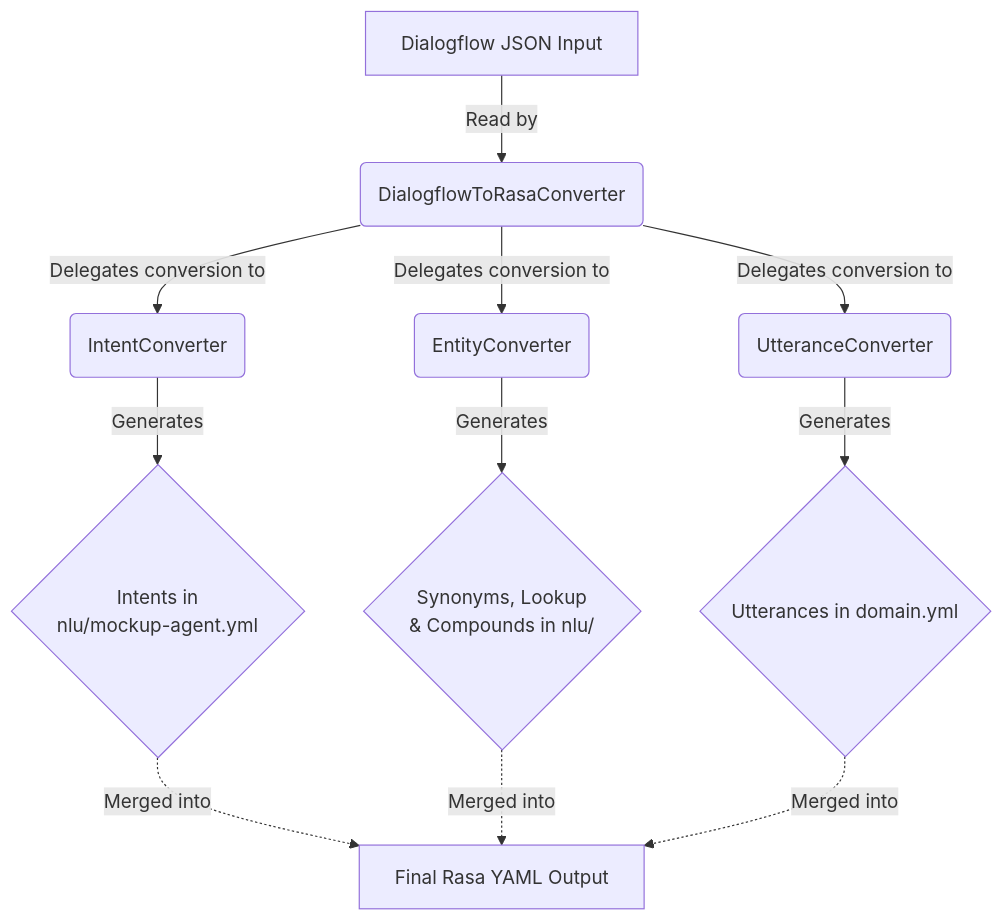
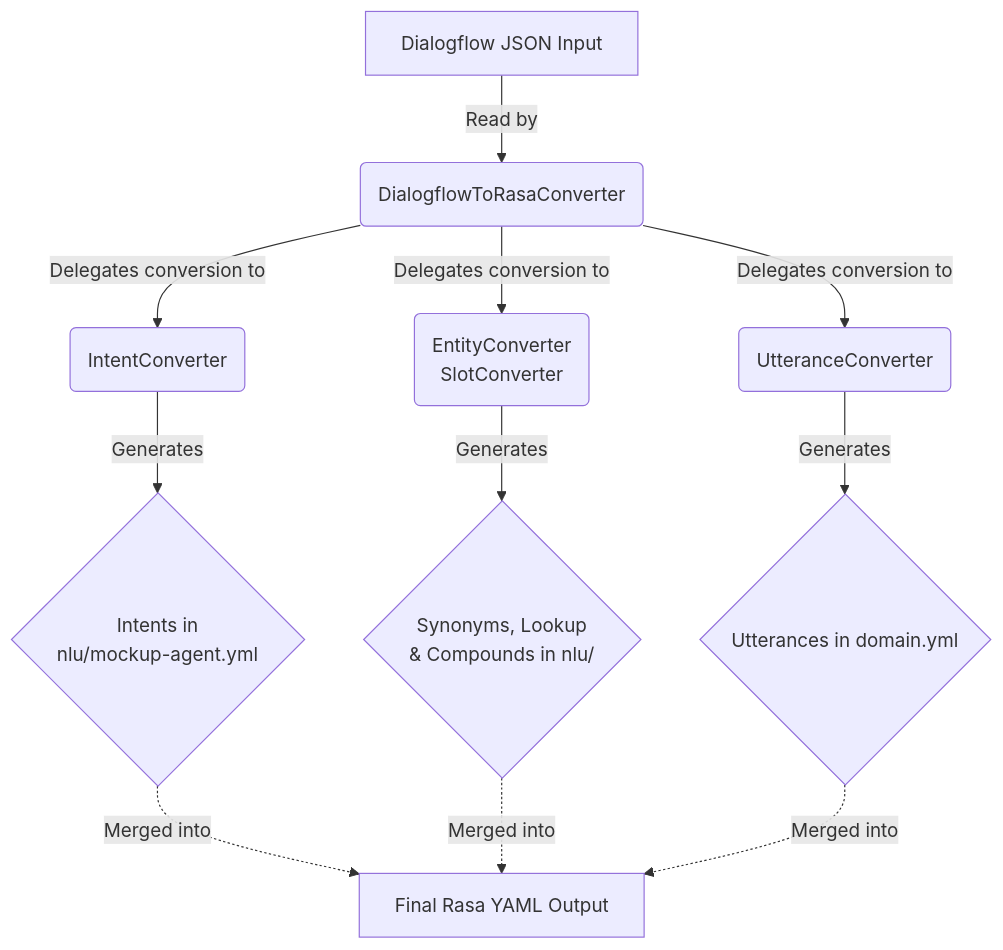
Before and after one commit to murilobellatini/dialog2rasa: the diagram in docs/conversion-process-diagram.md, drawn with Mermaid. The commit also changed 3 other files, not shown here.

Commit message:
Refactor SlotConverter

````diff
--- a/docs/conversion-process-diagram.md
+++ b/docs/conversion-process-diagram.md
@@ -5,16 +5,16 @@
 ```mermaid
 graph TD
     A[Dialogflow JSON Input] -->|Read by| B(DialogflowToRasaConverter)
     B --> |Delegates conversion to| C(IntentConverter)
-    B --> |Delegates conversion to| D(EntityConverter)
+    B --> |Delegates conversion to| D(EntityConverter<br>SlotConverter)
     B --> |Delegates conversion to| E(UtteranceConverter)
     
     C --> |Generates| F{Intents in <br>nlu/mockup-agent.yml}
     D --> |Generates| G{"Synonyms, Lookup<br>& Compounds in nlu/"}
     E --> |Generates| H{Utterances in domain.yml}
     
     F -.-> |Merged into| I[Final Rasa YAML Output]
     G -.-> |Merged into| I
     H -.-> |Merged into| I
 
 ```
````
